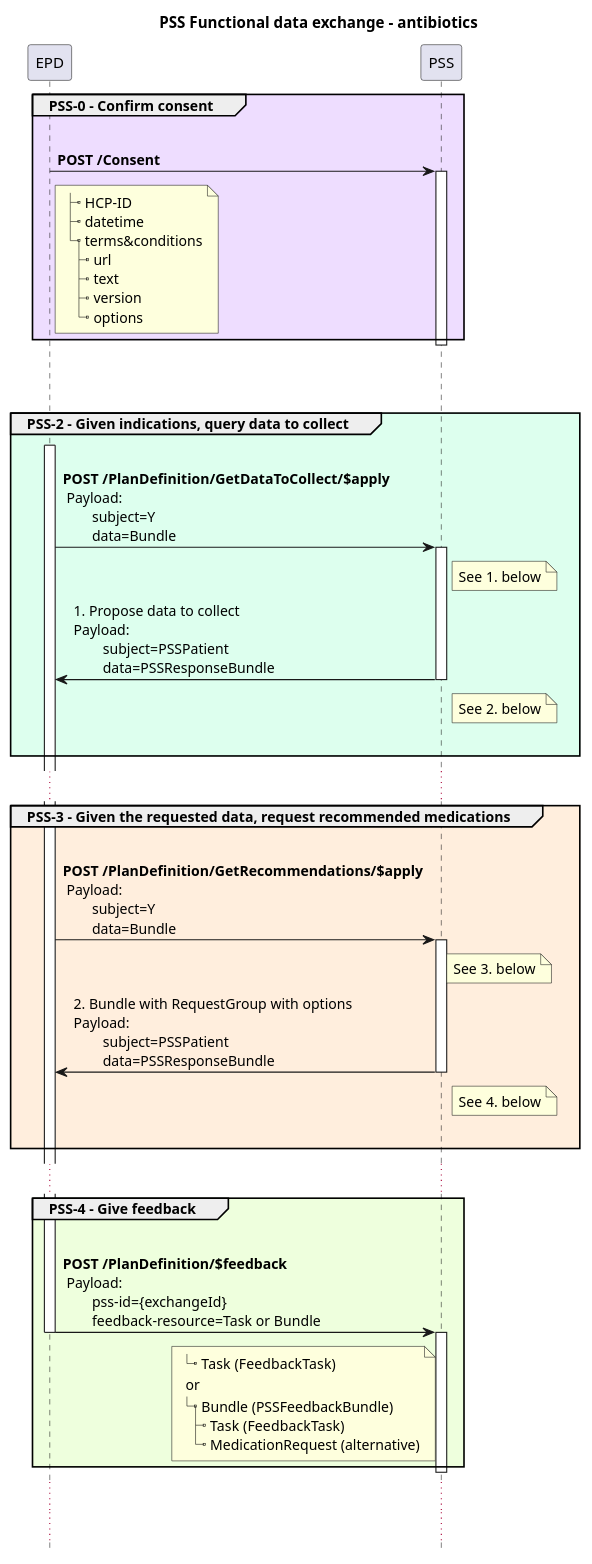
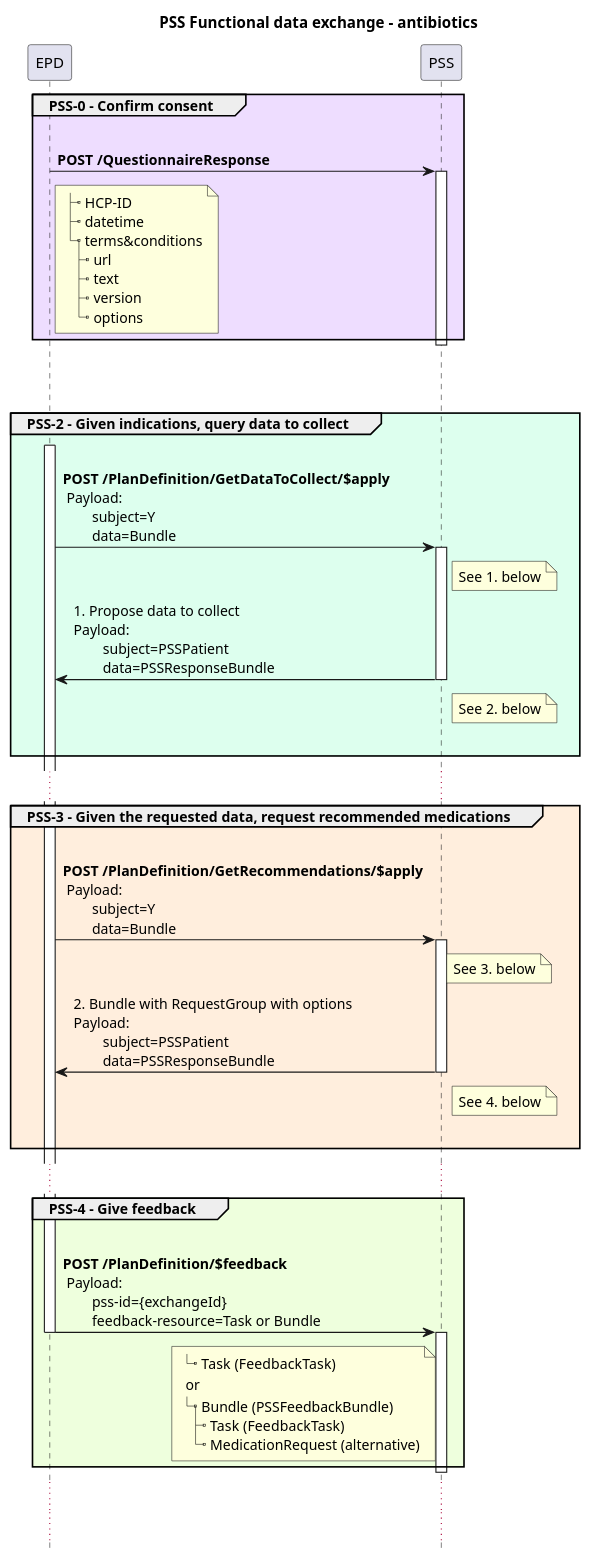
The diagram in input/images-source/pss-flow-antimicrobiology.plantuml (hl7-be/pss), drawn with PlantUML before and after one commit. The commit also changed 6 other files, not shown here.

First line of the commit message:
Consent Questionnaire

```diff
--- a/input/images-source/pss-flow-antimicrobiology.plantuml
+++ b/input/images-source/pss-flow-antimicrobiology.plantuml
@@ -1,95 +1,95 @@
 @startuml
 !pragma teoz true
 Title PSS Functional data exchange - antibiotics
 hide footbox
 
 
 
 group #edf PSS-0 - Confirm consent
-        EPD -> PSS : \n**POST /Consent**
+        EPD -> PSS : \n**POST /QuestionnaireResponse**
         activate PSS
         note right of EPD
 |_ HCP-ID
 |_ datetime
 |_ terms&conditions
   |_ url
   |_ text
   |_ version
   |_ options
         end note
         deactivate EPD
         deactivate PSS
 end
 |||
 |||
 
 group #dfe PSS-2 - Given indications, query data to collect
         Activate EPD
         EPD -> PSS : \n**POST /PlanDefinition/GetDataToCollect/$apply**\n Payload:\n        subject=Y\n        data=Bundle
         Activate PSS
         note right of PSS
 See 1. below
         end note
 
         PSS -> EPD: 1. Propose data to collect\nPayload:\n        subject=PSSPatient\n        data=PSSResponseBundle
         note right of PSS
 See 2. below
         end note
         deactivate PSS
         |||
 '        Deactivate EPD
 end
 ...
 group #fed PSS-3 - Given the requested data, request recommended medications
         EPD -> PSS : \n**POST /PlanDefinition/GetRecommendations/$apply**\n Payload:\n        subject=Y\n        data=Bundle
 '        activate EPD
         note right of PSS
 See 3. below
         end note
         activate PSS
         PSS -> EPD: 2. Bundle with RequestGroup with options\nPayload:\n        subject=PSSPatient\n        data=PSSResponseBundle
         note right of PSS
 See 4. below
         end note
         deactivate PSS
         |||
 '        Deactivate EPD
 
 end
 ...
 group #efd PSS-4 - Give feedback
         EPD -> PSS : \n**POST /PlanDefinition/$feedback**\n Payload:\n        pss-id={exchangeId}\n        feedback-resource=Task or Bundle
 '        activate EPD
         note left of PSS
 |_ Task (FeedbackTask)
   or
 |_ Bundle (PSSFeedbackBundle)
   |_ Task (FeedbackTask)
   |_ MedicationRequest (alternative)
         end note
         deactivate EPD
         activate PSS
         deactivate PSS
 end
 ...
 
 ' ...
 ' group #fde PSS-5 - Consult prior result
 ' EPD -> PSS : \n**GET /Bundle/{PSS-ID}&_tag=recommendation**
 ' '        activate EPD
 ' end
 
 ...
 
 ' group #dfe PSS-6 - Consult feedback
 ' '        ADM -> PSS : \n**GET /Bundle?identifier={PSS-ID}**\n**&_profile=.../PSSFeedbackBundle**
 '          -> PSS : \n**GET /Bundle?identifier={PSS-ID}&_tag=feedback**
 '         activate PSS
 '         <- PSS   : Bundle (PSSFeedbackBundle)
 '         deactivate PSS
 ' '        activate EPD
 ' end
 
 
 
 @enduml
```
